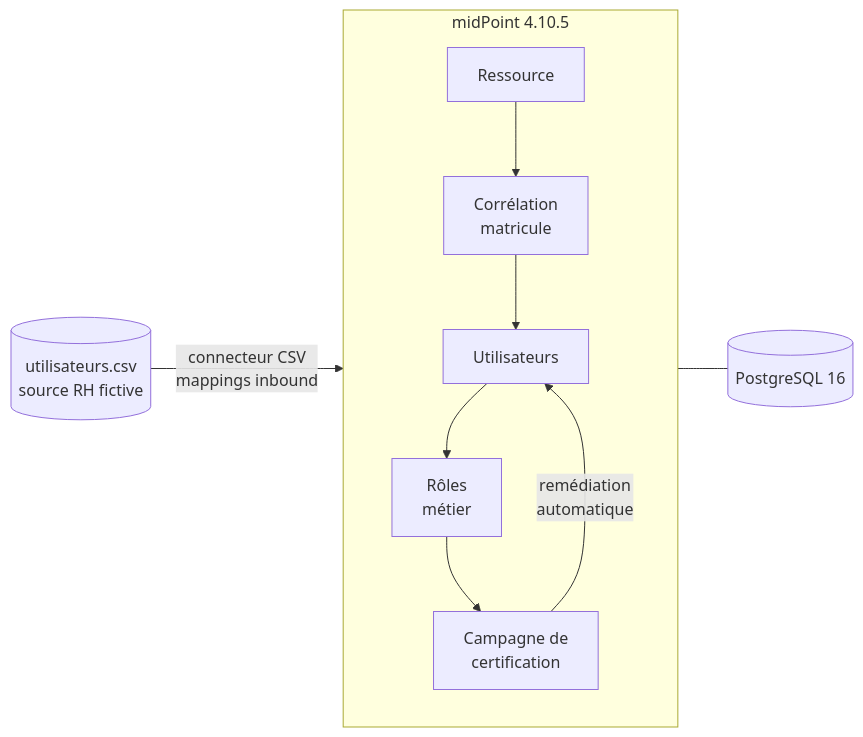
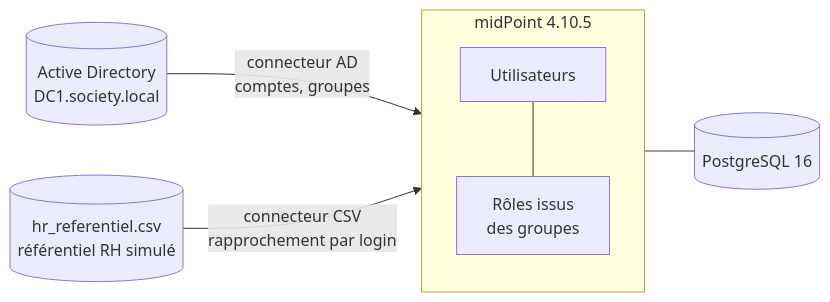
Before and after one commit to Anne-LaureS/IAM-Access-Recertification: the diagram in midpoint-lab/README.md, drawn with Mermaid. The commit also changed other lines of this file and 18 other files, not shown here.

First line of the commit message:
midpoint-lab : comparaison des scripts PowerShell et de midPoint sur Active Directory

````diff
--- a/midpoint-lab/README.md
+++ b/midpoint-lab/README.md
@@ -29,10 +71,10 @@
 ```mermaid
 flowchart LR
-    CSV[("utilisateurs.csv<br/>source RH fictive")] -->|connecteur CSV<br/>mappings inbound| MP
+    AD[("Active Directory<br/>DC1.society.local")] -->|connecteur AD<br/>comptes, groupes| MP
+    RH[("hr_referentiel.csv<br/>référentiel RH simulé")] -->|connecteur CSV<br/>rapprochement par login| MP
     subgraph MP["midPoint 4.10.5"]
         direction TB
-        R[Ressource] --> C[Corrélation<br/>matricule] --> U[Utilisateurs] --> RO[Rôles<br/>métier] --> CA[Campagne de<br/>certification]
+        U[Utilisateurs] --- RO[Rôles issus<br/>des groupes]
     end
     MP --- PG[("PostgreSQL 16")]
-    CA -->|remédiation<br/>automatique| U
 ```
````
